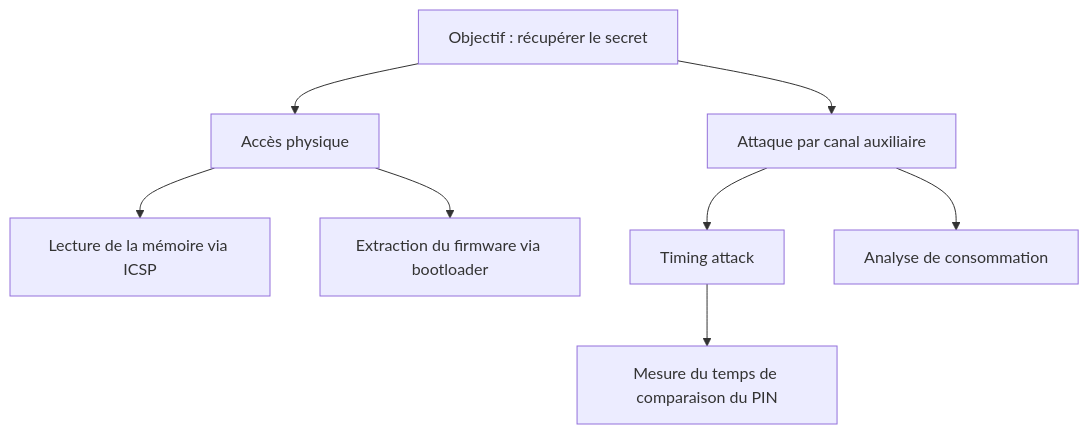
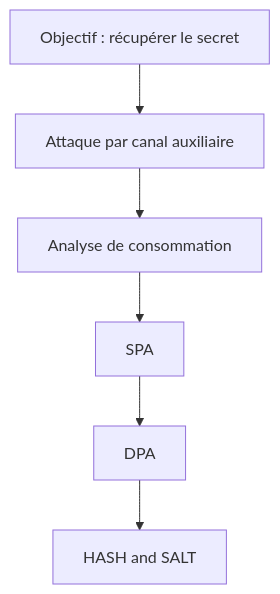
Before and after one commit to BaptisteGuilluy/School_project_arduino_vuln_write_up: the diagram in README.md, drawn with Mermaid. The commit also changed other lines of this file, not shown here.

````diff
--- a/README.md
+++ b/README.md
@@ -57,10 +57,9 @@
 ```mermaid
 graph TD
-    A[Objectif : récupérer le secret] --> B[Accès physique]
-    A --> C[Attaque par canal auxiliaire]
-    B --> B1[Lecture de la mémoire via ICSP]
-    B --> B2[Extraction du firmware via bootloader]
-    C --> C1[Timing attack]
-    C --> C2[Analyse de consommation]
-    C1 --> C1a[Mesure du temps de comparaison du PIN]
+    A[Objectif : récupérer le secret] --> B[Attaque par canal auxiliaire]
+
+    B --> C1[Analyse de consommation]
+    C1 --> C1a[SPA]
+    C1a --> C1aa[DPA]
+    C1aa --> C1aaa[HASH and SALT]
 ```
````
